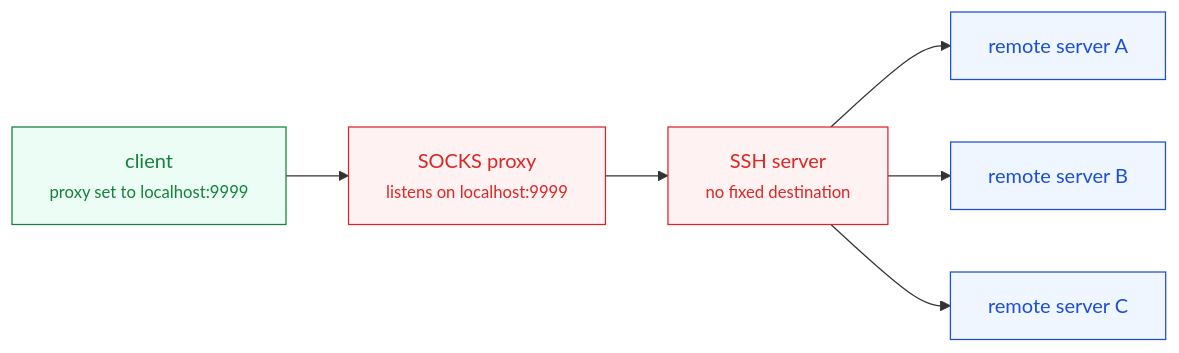
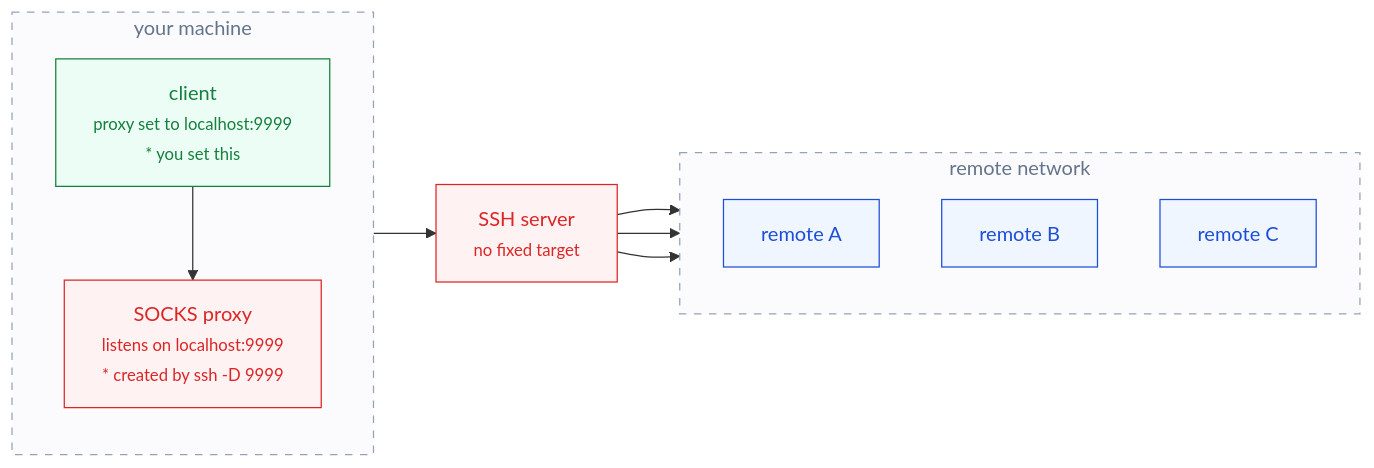
One commit to ssyrc/ssyrc.github.io changed the fourth of 5 diagrams in _drafts/ko/proxy-and-port-forwarding.md. Above: the diagram before and after it, drawn with Mermaid. The commit also changed other lines of this file and 2 other files, not shown here.

First line of the commit message:
Flesh out the proxy draft: comparison, zones, setup notes

````diff
--- a/_drafts/ko/proxy-and-port-forwarding.md
+++ b/_drafts/ko/proxy-and-port-forwarding.md
@@ -73,16 +141,29 @@
 ```mermaid
 flowchart LR
-    C["client<br/><small>proxy set to localhost:9999</small>"] --> P["SOCKS proxy<br/><small>listens on localhost:9999</small>"]
-    P --> H["SSH server<br/><small>no fixed destination</small>"]
-    H --> A["remote server A"]
-    H --> B["remote server B"]
-    H --> D["remote server C"]
+    subgraph LOCAL["your machine"]
+        direction TB
+        C["client<br/><small>proxy set to localhost:9999</small><br/><small>* you set this</small>"]
+        P["SOCKS proxy<br/><small>listens on localhost:9999</small><br/><small>* created by ssh -D 9999</small>"]
+    end
+    subgraph REMOTE["remote network"]
+        direction TB
+        A["remote A"]
+        B["remote B"]
+        D["remote C"]
+    end
+    C --> P
+    P --> H["SSH server<br/><small>no fixed target</small>"]
+    H --> A
+    H --> B
+    H --> D
     class C client
     class P proxy
     class H proxy
     class A,B,D server
+    class LOCAL,REMOTE zone
     classDef client fill:#ecfdf5,stroke:#15803d,color:#15803d
     classDef proxy  fill:#fef2f2,stroke:#dc2626,color:#dc2626
     classDef server fill:#eff6ff,stroke:#1d4ed8,color:#1d4ed8
     classDef kernel fill:#ffffff,stroke:#dc2626,color:#64748b,stroke-dasharray:6 5
+    classDef zone   fill:#fbfbfe,stroke:#94a3b8,color:#64748b,stroke-dasharray:6 6
 ```
````
